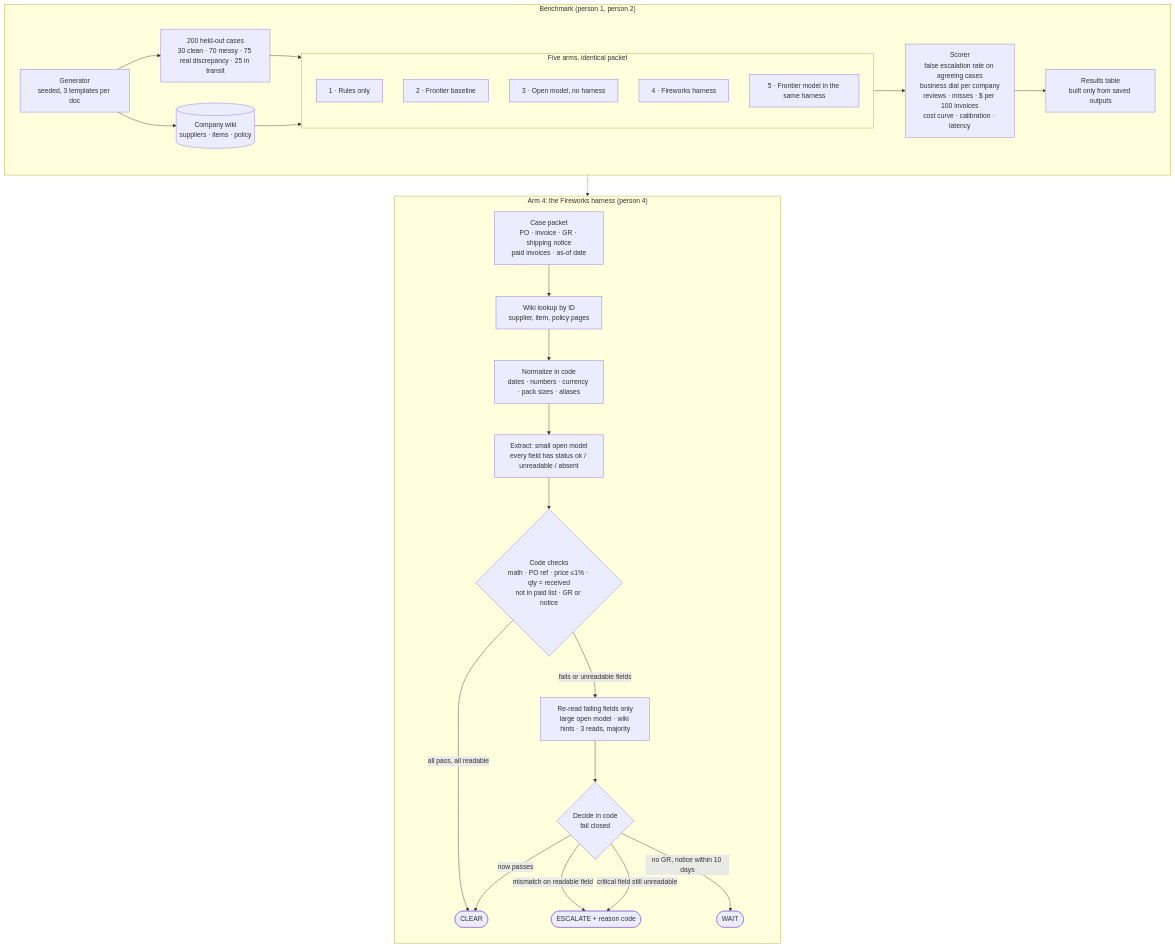
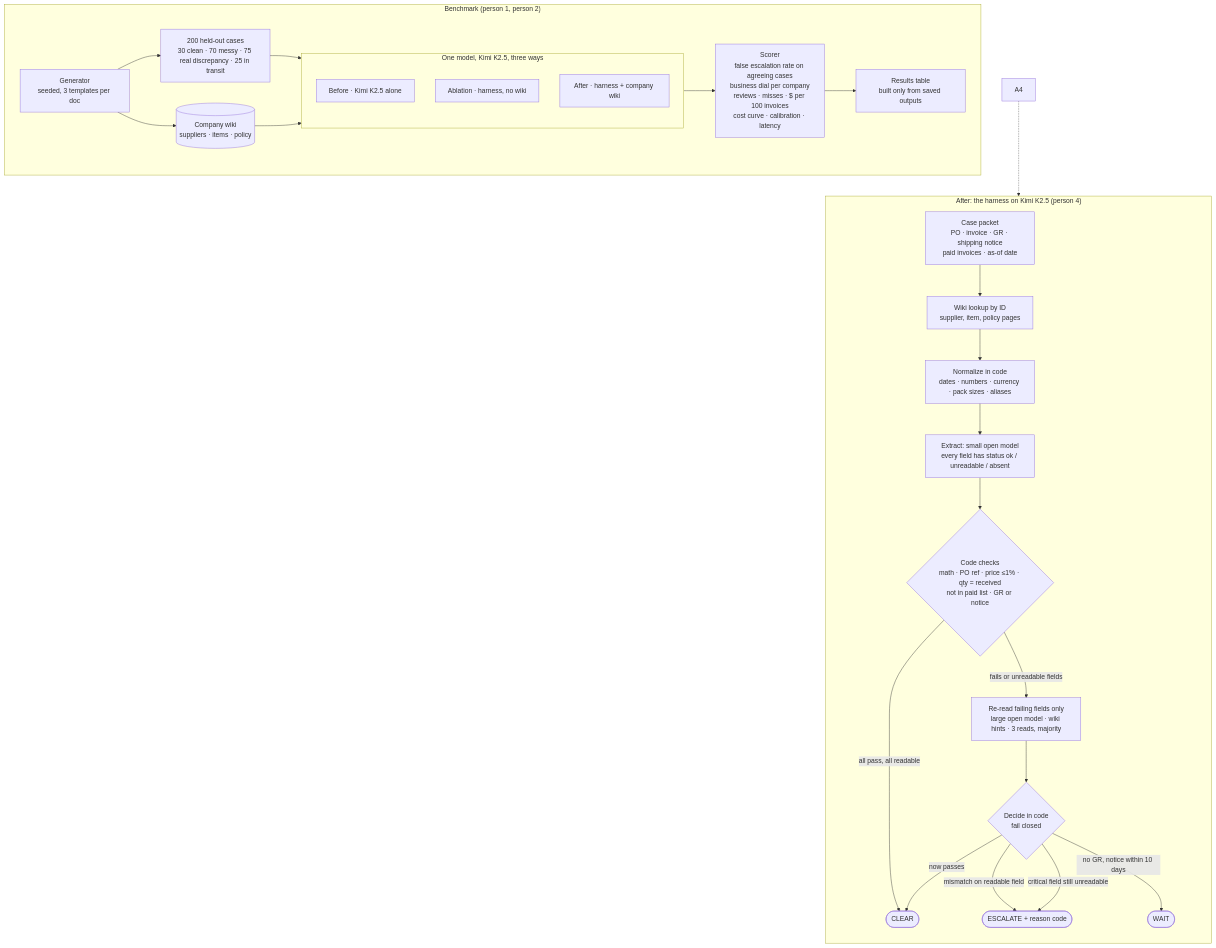
The diagram in docs/plan.md (pakbaz/fireworks-ai-buildathon), drawn with Mermaid before and after one commit. The commit also changed other lines of this file and 1 other file, not shown here.

First line of the commit message:
One model before and after, per second mentor feedback

````diff
--- a/docs/plan.md
+++ b/docs/plan.md
@@ -9,37 +9,35 @@
 ```mermaid
 flowchart TB
     subgraph BENCH["Benchmark (person 1, person 2)"]
         direction LR
         GEN["Generator<br/>seeded, 3 templates per doc"] --> CASES["200 held-out cases<br/>30 clean · 70 messy · 75 real discrepancy · 25 in transit"]
         GEN --> WIKI[("Company wiki<br/>suppliers · items · policy")]
         CASES --> ARMS
         WIKI --> ARMS
-        subgraph ARMS["Five arms, identical packet"]
+        subgraph ARMS["One model, Kimi K2.5, three ways"]
             direction TB
-            A1["1 · Rules only"]
-            A2["2 · Frontier baseline"]
-            A3["3 · Open model, no harness"]
-            A4["4 · Fireworks harness"]
-            A5["5 · Frontier model in the same harness"]
+            A1["Before · Kimi K2.5 alone"]
+            A2["Ablation · harness, no wiki"]
+            A3["After · harness + company wiki"]
         end
         ARMS --> SCORE["Scorer<br/>false escalation rate on agreeing cases<br/>business dial per company<br/>reviews · misses · $ per 100 invoices<br/>cost curve · calibration · latency"]
         SCORE --> TABLE["Results table<br/>built only from saved outputs"]
     end
 
-    subgraph HARNESS["Arm 4: the Fireworks harness (person 4)"]
+    subgraph HARNESS["After: the harness on Kimi K2.5 (person 4)"]
         direction TB
         PKT["Case packet<br/>PO · invoice · GR · shipping notice<br/>paid invoices · as-of date"] --> LOOK["Wiki lookup by ID<br/>supplier, item, policy pages"]
         LOOK --> NORM["Normalize in code<br/>dates · numbers · currency · pack sizes · aliases"]
         NORM --> EXT["Extract: small open model<br/>every field has status ok / unreadable / absent"]
         EXT --> CHK{"Code checks<br/>math · PO ref · price ≤1% · qty = received<br/>not in paid list · GR or notice"}
         CHK -- "all pass, all readable" --> CLEAR([CLEAR])
         CHK -- "fails or unreadable fields" --> RR["Re-read failing fields only<br/>large open model · wiki hints · 3 reads, majority"]
         RR --> DEC{"Decide in code<br/>fail closed"}
         DEC -- "now passes" --> CLEAR
         DEC -- "mismatch on readable field" --> ESC([ESCALATE + reason code])
         DEC -- "critical field still unreadable" --> ESC
         DEC -- "no GR, notice within 10 days" --> WAIT([WAIT])
     end
 
     A4 -.-> PKT
 ```
````
